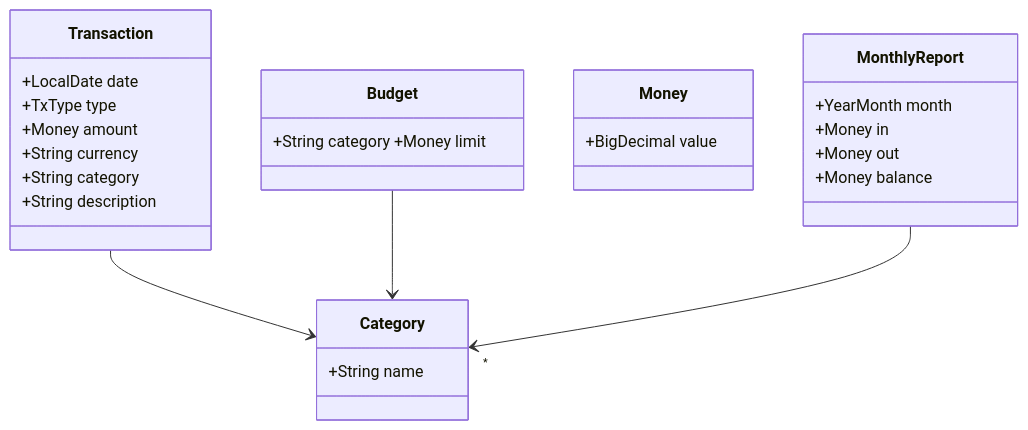
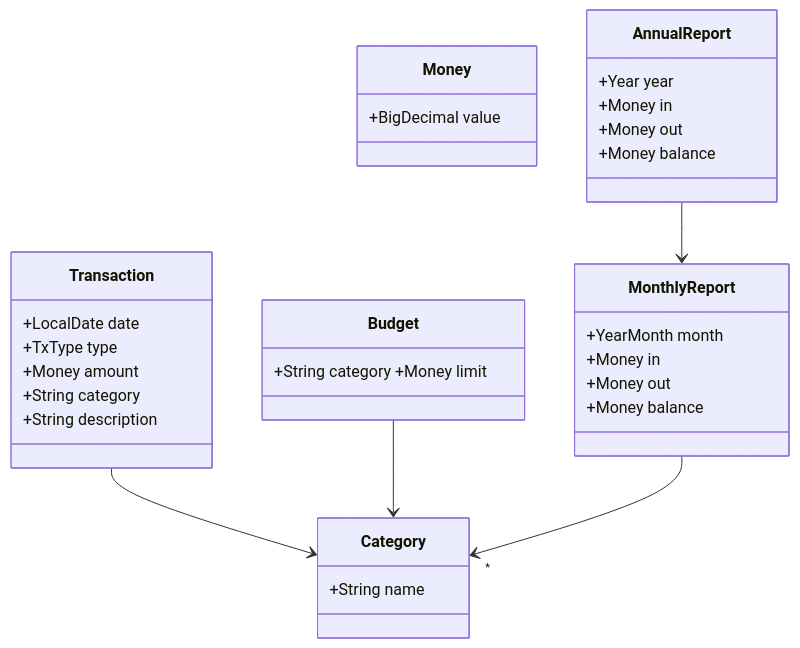
The first of 5 diagrams in README.md (acetheberliner/MoneyMinder), drawn with Mermaid before and after one commit. The commit also changed other lines of this file and 1 other file, not shown here.

````diff
--- a/README.md
+++ b/README.md
@@ -54,25 +49,31 @@
 ```mermaid
 classDiagram
     direction TB
     class Transaction {
         +LocalDate date
         +TxType type
         +Money amount
-        +String currency
         +String category
         +String description
     }
     class Category { +String name }
-    class Budget  { +String category +Money limit }
-    class Money   { +BigDecimal value }
+    class Money { +BigDecimal value }
+    class Budget { +String category +Money limit }
     class MonthlyReport {
         +YearMonth month
+        +Money in
+        +Money out
+        +Money balance
+    }
+    class AnnualReport {
+        +Year year
         +Money in
         +Money out
         +Money balance
     }
 
     Transaction --> Category
     Budget --> Category
     MonthlyReport --> "*" Category
+    AnnualReport --> MonthlyReport
 ```
````
